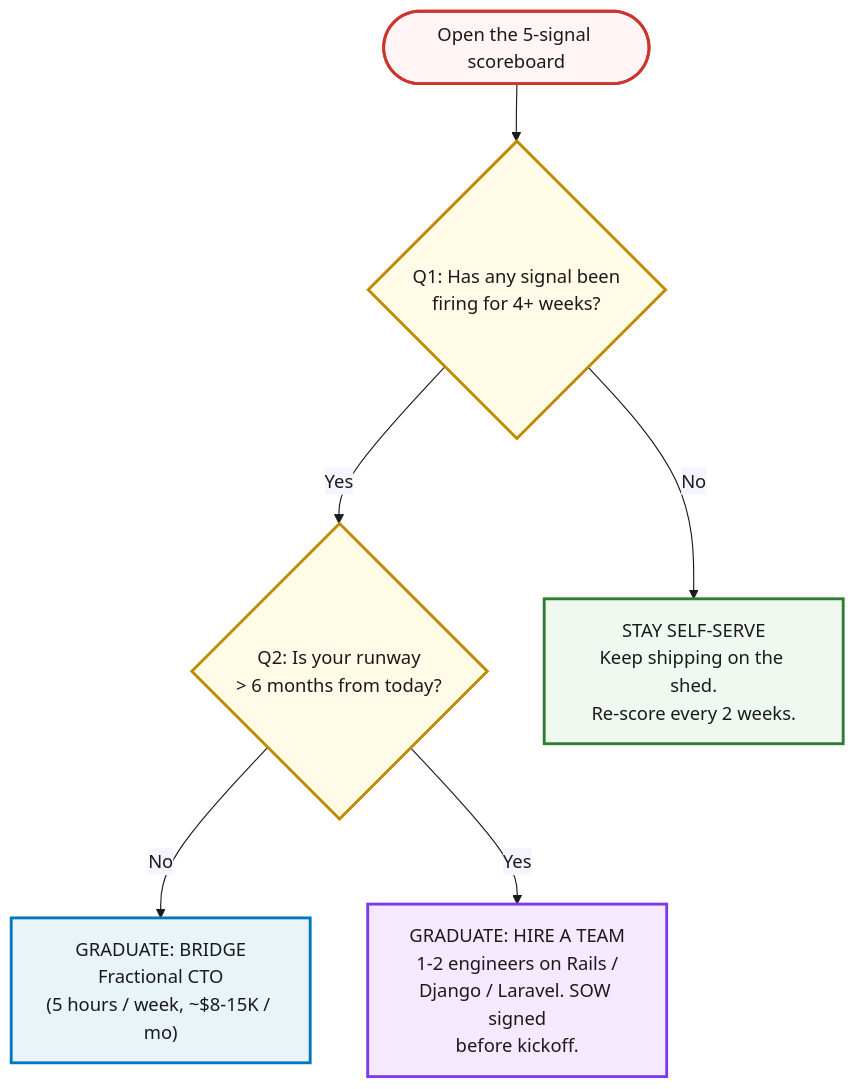
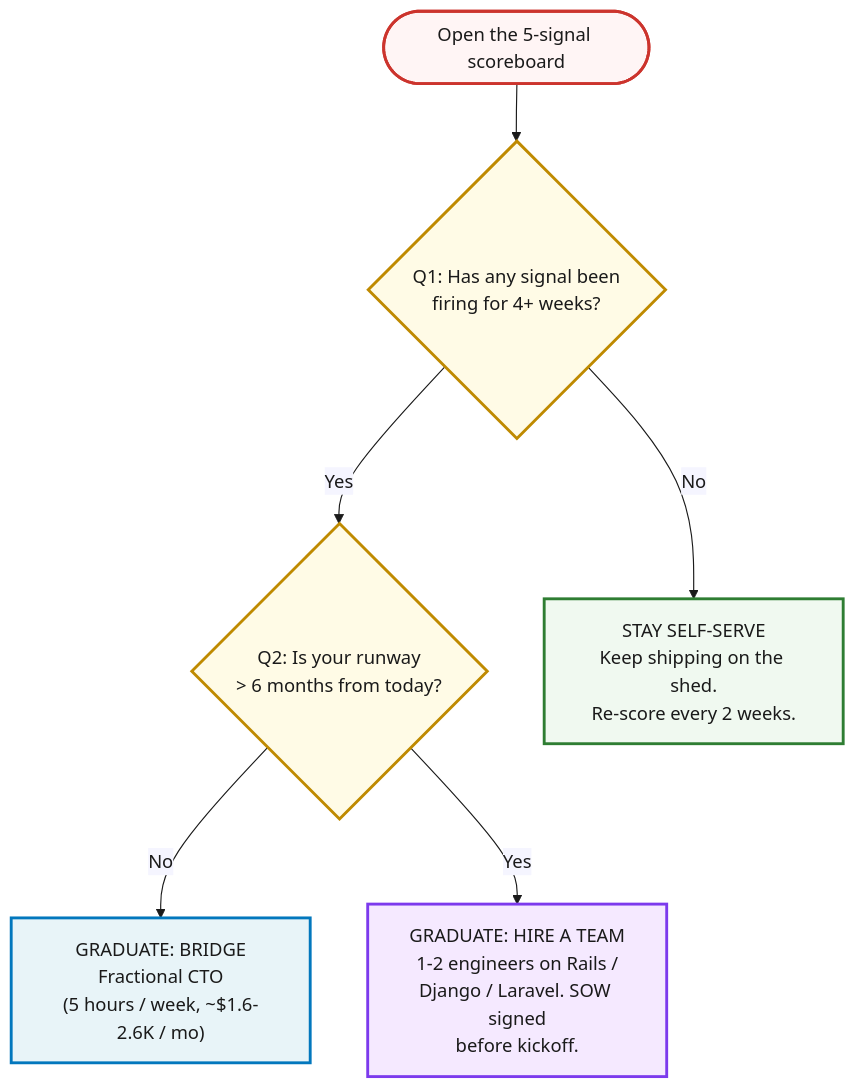
Before and after one commit to jetthoughts/jetthoughts.github.io: the diagram in content/course/tech-for-non-technical-founders-2026/vibe-coding-ceiling-signals/index.md, drawn with Mermaid. The commit also changed other lines of this file and 9 other files, not shown here.

````diff
--- a/content/course/tech-for-non-technical-founders-2026/vibe-coding-ceiling-signals/index.md
+++ b/content/course/tech-for-non-technical-founders-2026/vibe-coding-ceiling-signals/index.md
@@ -179,27 +177,27 @@
 ```mermaid
 %%{init: {'theme':'base', 'themeVariables': {'fontFamily':'Caveat, Patrick Hand, cursive', 'primaryColor':'#fff5f5', 'primaryBorderColor':'#cc342d', 'lineColor':'#1a1a1a', 'primaryTextColor':'#1a1a1a'}}}%%
 flowchart TD
     Start(["Open the 5-signal scoreboard"])
     Q1{"Q1: Has any signal been<br/>firing for 4+ weeks?"}
     Q2{"Q2: Is your runway<br/>&gt; 6 months from today?"}
     Stay["STAY SELF-SERVE<br/>Keep shipping on the shed.<br/>Re-score every 2 weeks."]
-    Bridge["GRADUATE: BRIDGE<br/>Fractional CTO<br/>(5 hours / week, ~$8-15K / mo)"]
+    Bridge["GRADUATE: BRIDGE<br/>Fractional CTO<br/>(5 hours / week, ~$1.6-2.6K / mo)"]
     Hire["GRADUATE: HIRE A TEAM<br/>1-2 engineers on Rails /<br/>Django / Laravel. SOW signed<br/>before kickoff."]
 
     Start --> Q1
     Q1 -- "No" --> Stay
     Q1 -- "Yes" --> Q2
     Q2 -- "No" --> Bridge
     Q2 -- "Yes" --> Hire
 
     classDef q fill:#fffbe6,stroke:#bf8a00,stroke-width:2.5px,color:#1a1a1a
     classDef stay fill:#f0f9f0,stroke:#2e7d32,stroke-width:2.5px,color:#1a1a1a
     classDef bridge fill:#e8f4f8,stroke:#0277bd,stroke-width:2.5px,color:#1a1a1a
     classDef hire fill:#f5e9ff,stroke:#7c3aed,stroke-width:2.5px,color:#1a1a1a
     classDef start fill:#fff5f5,stroke:#cc342d,stroke-width:2.5px,color:#1a1a1a
     class Start start
     class Q1,Q2 q
     class Stay stay
     class Bridge bridge
     class Hire hire
 ```
````
